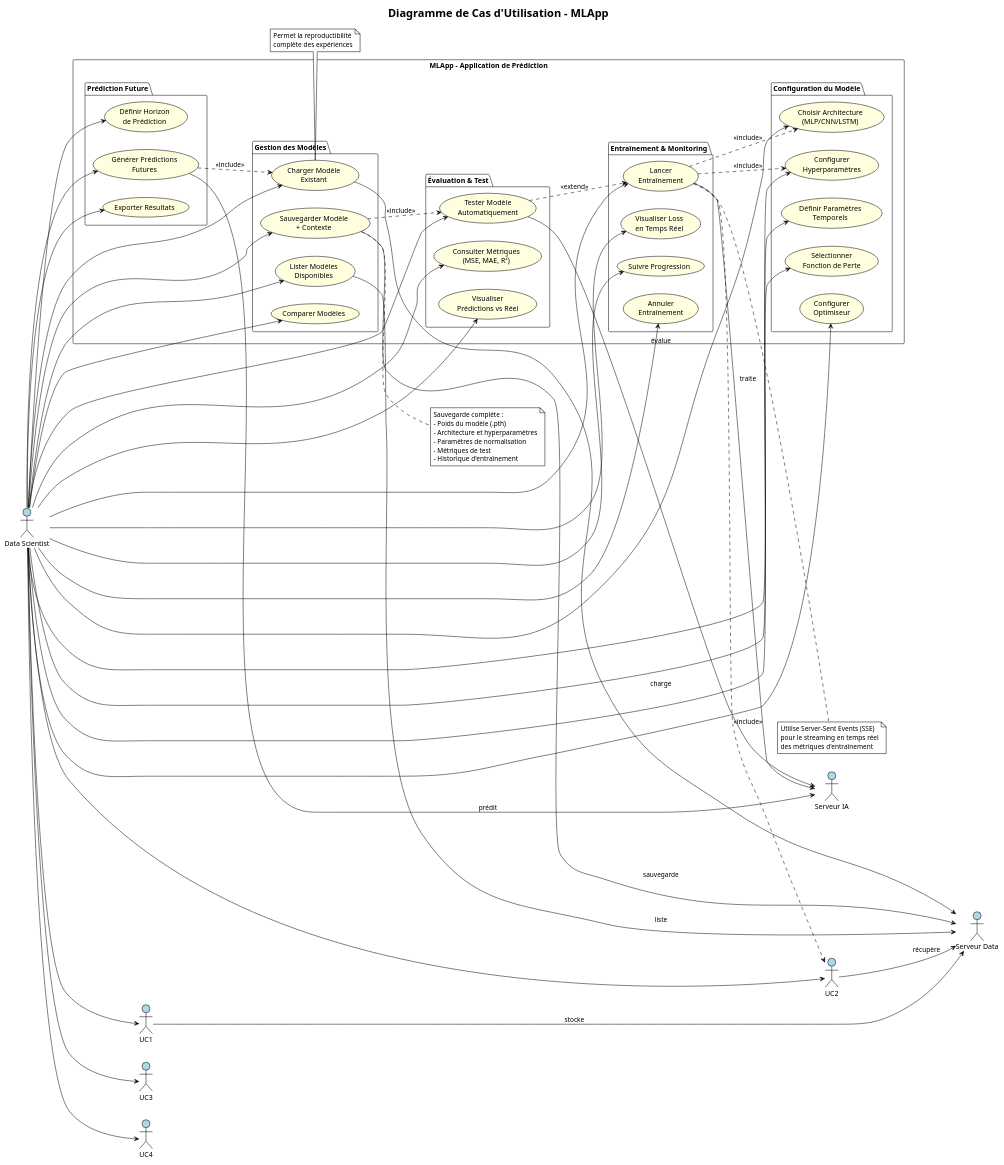
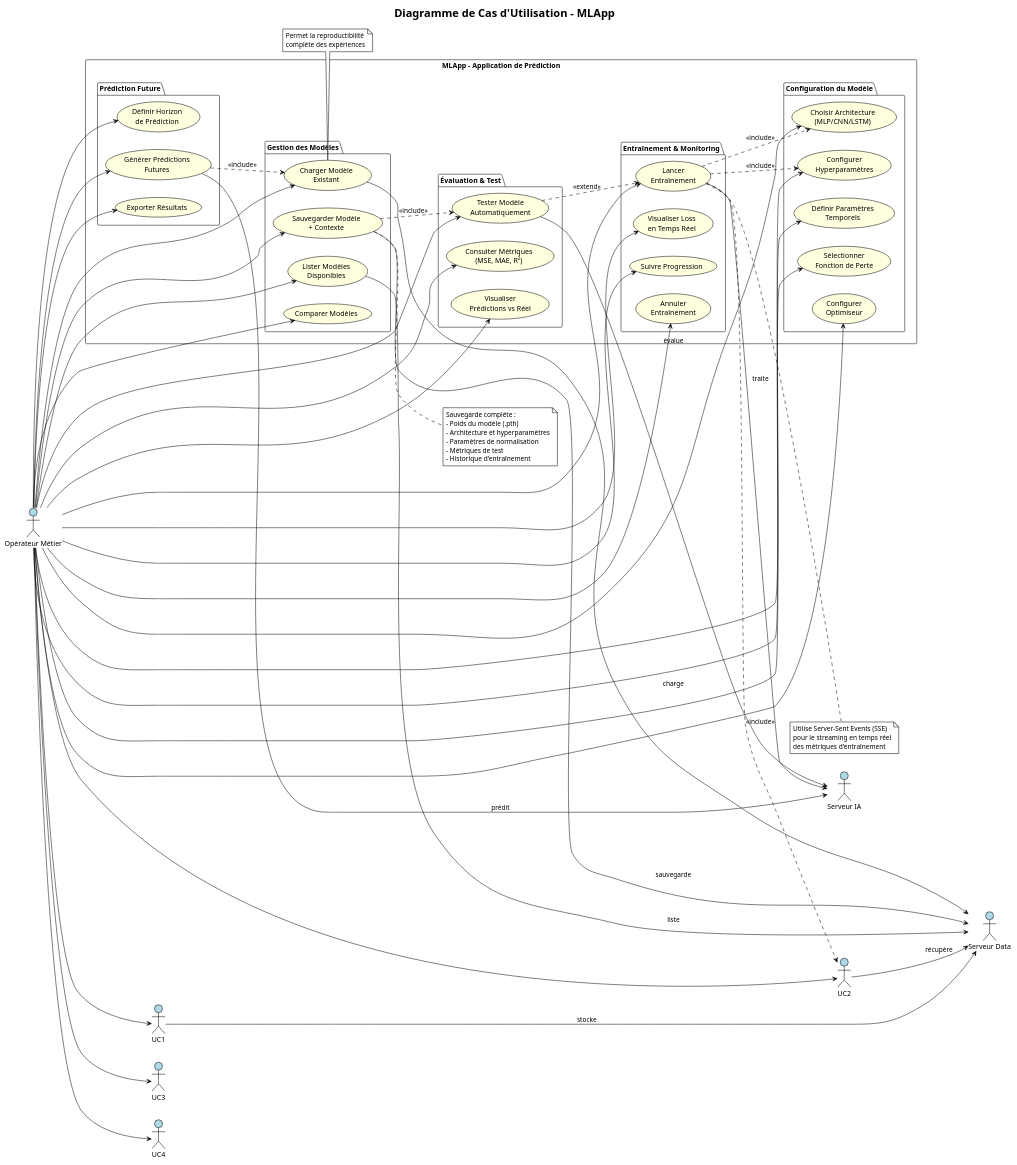
One commit to GatienSeguy/PROJET_GL changed the diagram in assets/uml_diagrams/06_cas_utilisation.puml. Above: the diagram before and after it, drawn with PlantUML. The commit also changed 141 other files, not shown here.

```diff
--- a/assets/uml_diagrams/06_cas_utilisation.puml
+++ b/assets/uml_diagrams/06_cas_utilisation.puml
@@ -1,130 +1,130 @@
 @startuml diagramme_cas_utilisation
 !theme plain
 skinparam backgroundColor #FFFFFF
 skinparam usecaseBackgroundColor LightYellow
 skinparam actorBackgroundColor LightBlue
 
 title Diagramme de Cas d'Utilisation - MLApp
 
 left to right direction
 
-actor "Data Scientist" as user
+actor "Opérateur Métier" as user
 actor "Serveur IA" as ia
 actor "Serveur Data" as data
 
 rectangle "MLApp - Application de Prédiction" {
 
     package "Configuration du Modèle" {
         usecase "Choisir Architecture\n(MLP/CNN/LSTM)" as UC5
         usecase "Configurer\nHyperparamètres" as UC6
         usecase "Définir Paramètres\nTemporels" as UC7
         usecase "Sélectionner\nFonction de Perte" as UC8
         usecase "Configurer\nOptimiseur" as UC9
     }
     
     ' === Configuration ===
     package "Configuration du Modèle" {
         usecase "Choisir Architecture\n(MLP/CNN/LSTM)" as UC5
         usecase "Configurer\nHyperparamètres" as UC6
         usecase "Définir Paramètres\nTemporels" as UC7
         usecase "Sélectionner\nFonction de Perte" as UC8
         usecase "Configurer\nOptimiseur" as UC9
     }
     
     ' === Entraînement ===
     package "Entraînement & Monitoring" {
         usecase "Lancer\nEntraînement" as UC10
         usecase "Visualiser Loss\nen Temps Réel" as UC11
         usecase "Suivre Progression" as UC12
         usecase "Annuler\nEntraînement" as UC13
     }
     
     ' === Évaluation ===
     package "Évaluation & Test" {
         usecase "Tester Modèle\nAutomatiquement" as UC14
         usecase "Consulter Métriques\n(MSE, MAE, R²)" as UC15
         usecase "Visualiser\nPrédictions vs Réel" as UC16
     }
     
     ' === Prédiction ===
     package "Prédiction Future" {
         usecase "Définir Horizon\nde Prédiction" as UC17
         usecase "Générer Prédictions\nFutures" as UC18
         usecase "Exporter Résultats" as UC19
     }
     
     ' === Sauvegarde ===
     package "Gestion des Modèles" {
         usecase "Sauvegarder Modèle\n+ Contexte" as UC20
         usecase "Charger Modèle\nExistant" as UC21
         usecase "Lister Modèles\nDisponibles" as UC22
         usecase "Comparer Modèles" as UC23
     }
 }
 
 ' === Relations Utilisateur ===
 user --> UC1
 user --> UC2
 user --> UC3
 user --> UC4
 user --> UC5
 user --> UC6
 user --> UC7
 user --> UC8
 user --> UC9
 user --> UC10
 user --> UC11
 user --> UC12
 user --> UC13
 user --> UC14
 user --> UC15
 user --> UC16
 user --> UC17
 user --> UC18
 user --> UC19
 user --> UC20
 user --> UC21
 user --> UC22
 user --> UC23
 
 ' === Dépendances ===
 UC10 ..> UC2 : <<include>>
 UC10 ..> UC5 : <<include>>
 UC10 ..> UC6 : <<include>>
 UC14 ..> UC10 : <<extend>>
 UC20 ..> UC14 : <<include>>
 UC18 ..> UC21 : <<include>>
 
 ' === Relations avec Serveurs ===
 UC10 --> ia : traite
 UC14 --> ia : évalue
 UC18 --> ia : prédit
 
 UC1 --> data : stocke
 UC2 --> data : récupère
 UC20 --> data : sauvegarde
 UC21 --> data : charge
 UC22 --> data : liste
 
 ' === Notes ===
 note right of UC10
   Utilise Server-Sent Events (SSE)
   pour le streaming en temps réel
   des métriques d'entraînement
 end note
 
 note right of UC20
   Sauvegarde complète :
   - Poids du modèle (.pth)
   - Architecture et hyperparamètres
   - Paramètres de normalisation
   - Métriques de test
   - Historique d'entraînement
 end note
 
 note bottom of UC21
   Permet la reproductibilité
   complète des expériences
 end note
 
 @enduml
```
